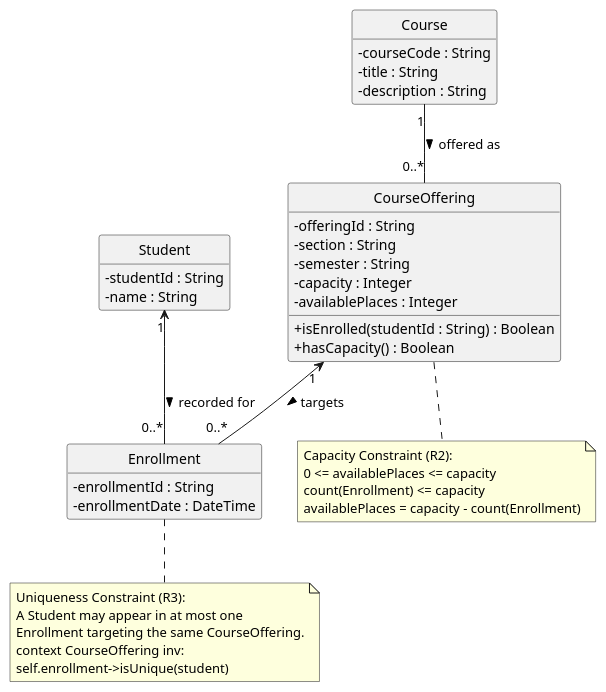
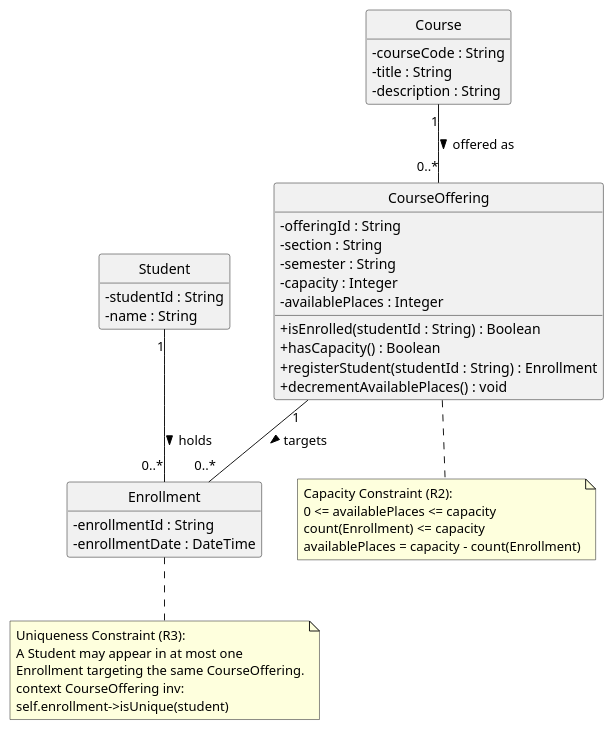
Before and after one commit to aliakhmetov01/se-practice: the diagram in sis-02/models/classes.puml, drawn with PlantUML. The commit also changed 8 other files, not shown here.

```diff
--- a/sis-02/models/classes.puml
+++ b/sis-02/models/classes.puml
@@ -5,42 +5,44 @@
 @startuml
 skinparam style strictuml
 skinparam classAttributeIconSize 0
 hide empty methods
 
 class Student {
     - studentId : String
     - name : String
 }
 
 class Course {
     - courseCode : String
     - title : String
     - description : String
 }
 
 class CourseOffering {
     - offeringId : String
     - section : String
     - semester : String
     - capacity : Integer
     - availablePlaces : Integer
     + isEnrolled(studentId : String) : Boolean
     + hasCapacity() : Boolean
+    + registerStudent(studentId : String) : Enrollment
+    + decrementAvailablePlaces() : void
 }
 
 class Enrollment {
     - enrollmentId : String
     - enrollmentDate : DateTime
 }
 
 Course "1" -- "0..*" CourseOffering : offered as >
-CourseOffering "1" <-- "0..*" Enrollment : targets >
-Student "1" <-- "0..*" Enrollment : recorded for >
+CourseOffering "1" -- "0..*" Enrollment : targets >
+Student "1" -- "0..*" Enrollment : holds >
 
 note "Capacity Constraint (R2):\n0 <= availablePlaces <= capacity\ncount(Enrollment) <= capacity\navailablePlaces = capacity - count(Enrollment)" as N_Capacity
 CourseOffering .. N_Capacity
 
 note "Uniqueness Constraint (R3):\nA Student may appear in at most one\nEnrollment targeting the same CourseOffering.\ncontext CourseOffering inv:\nself.enrollment->isUnique(student)" as N_Uniqueness
 Enrollment .. N_Uniqueness
 
 @enduml
```
